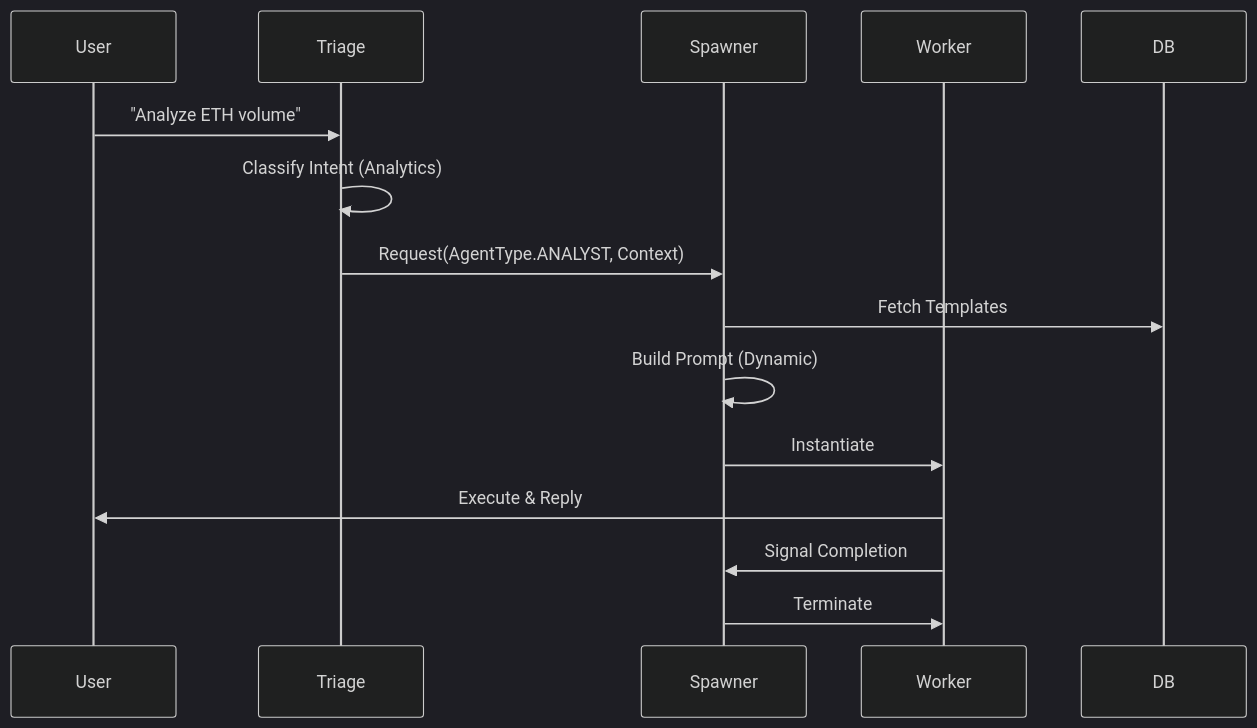
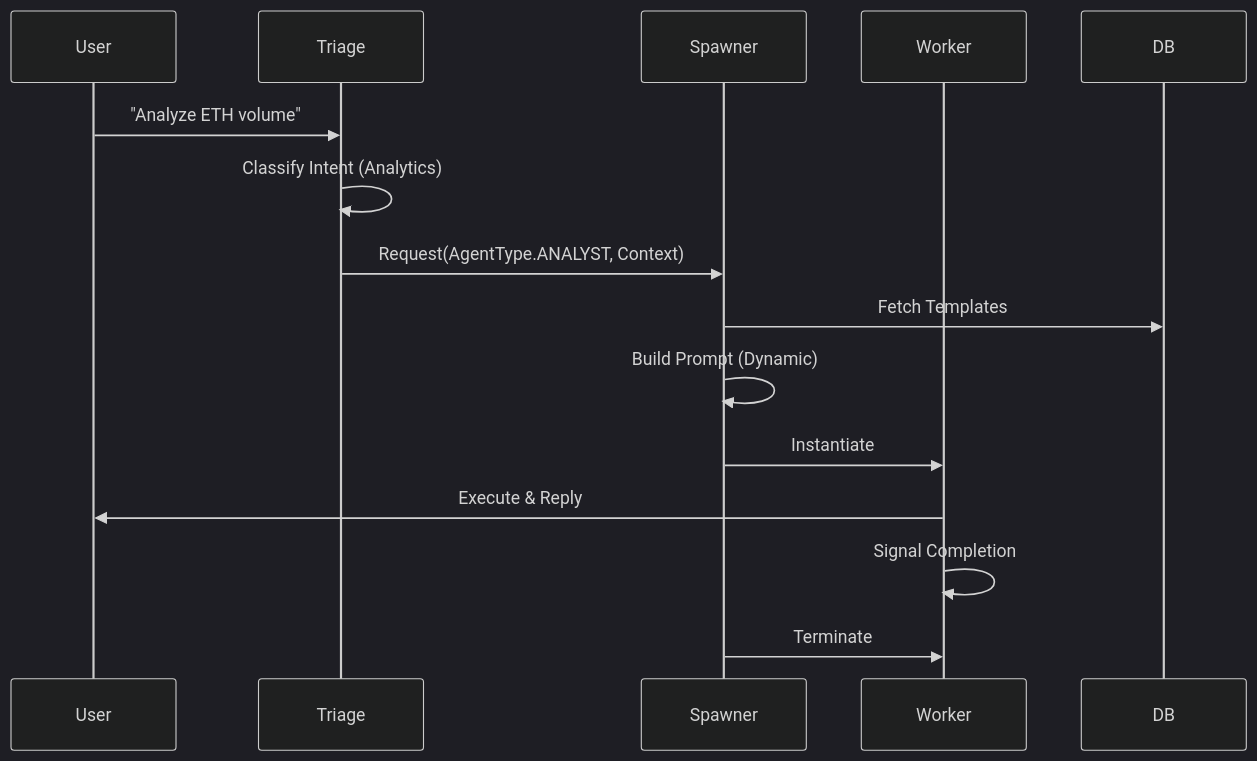
Before and after one commit to yuichiinumaru/cryptosentinel-v1: the diagram in docs/01-plan.md, drawn with Mermaid (dark theme). The commit also changed other lines of this file and 1 other file, not shown here.

````diff
--- a/docs/01-plan.md
+++ b/docs/01-plan.md
@@ -46,18 +46,18 @@
 ```mermaid
 sequenceDiagram
     participant User
     participant Triage
     participant Spawner
     participant Worker
     participant DB
 
     User->>Triage: "Analyze ETH volume"
     Triage->>Triage: Classify Intent (Analytics)
     Triage->>Spawner: Request(AgentType.ANALYST, Context)
     Spawner->>DB: Fetch Templates
     Spawner->>Spawner: Build Prompt (Dynamic)
     Spawner->>Worker: Instantiate
     Worker->>User: Execute & Reply
-    Worker->>Spawner: Signal Completion
+    Worker->>Worker: Signal Completion
     Spawner->>Worker: Terminate
 ```
````
